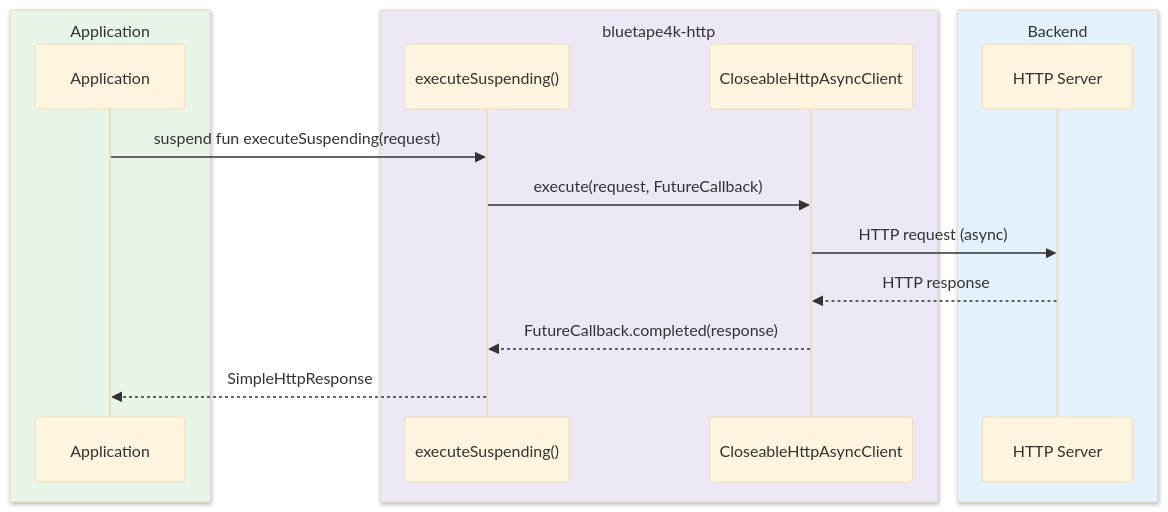
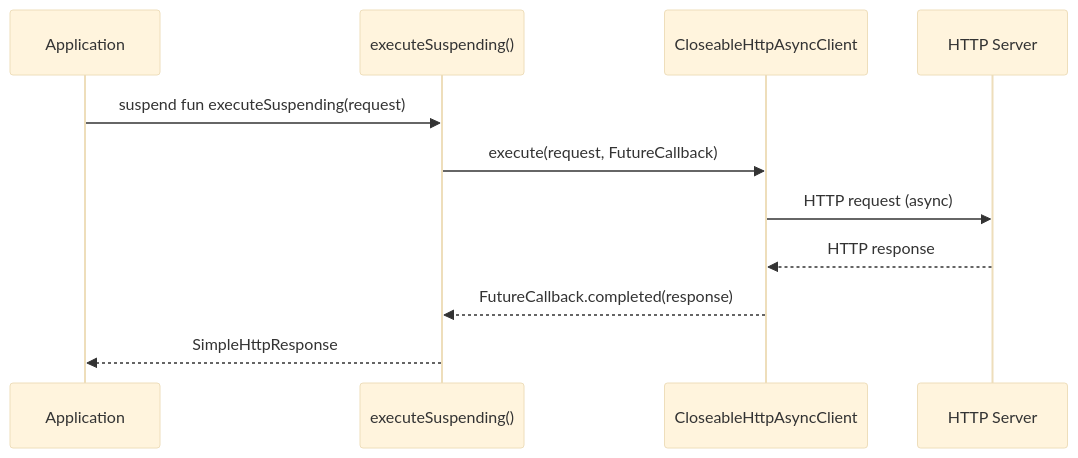
Before and after one commit to bluetape4k/bluetape4k-projects: the fourth of 4 diagrams in io/http/README.md, drawn with Mermaid (base theme). The commit also changed other lines of this file and 219 other files, not shown here.

First line of the commit message:
docs: 전체 README Mermaid 다이어그램 가이드 적용

````diff
--- a/io/http/README.md
+++ b/io/http/README.md
@@ -138,20 +138,14 @@
 ```mermaid
 sequenceDiagram
-    box rgb(232, 245, 233) Application
         participant App as Application
-    end
-    box rgb(237, 231, 246) bluetape4k-http
         participant Ext as executeSuspending()
         participant HC5 as CloseableHttpAsyncClient
-    end
-    box rgb(227, 242, 253) Backend
         participant Server as HTTP Server
-    end
 
     App->>Ext: suspend fun executeSuspending(request)
     Ext->>HC5: execute(request, FutureCallback)
     HC5->>Server: HTTP request (async)
     Server-->>HC5: HTTP response
     HC5-->>Ext: FutureCallback.completed(response)
     Ext-->>App: SimpleHttpResponse
 ```
````
